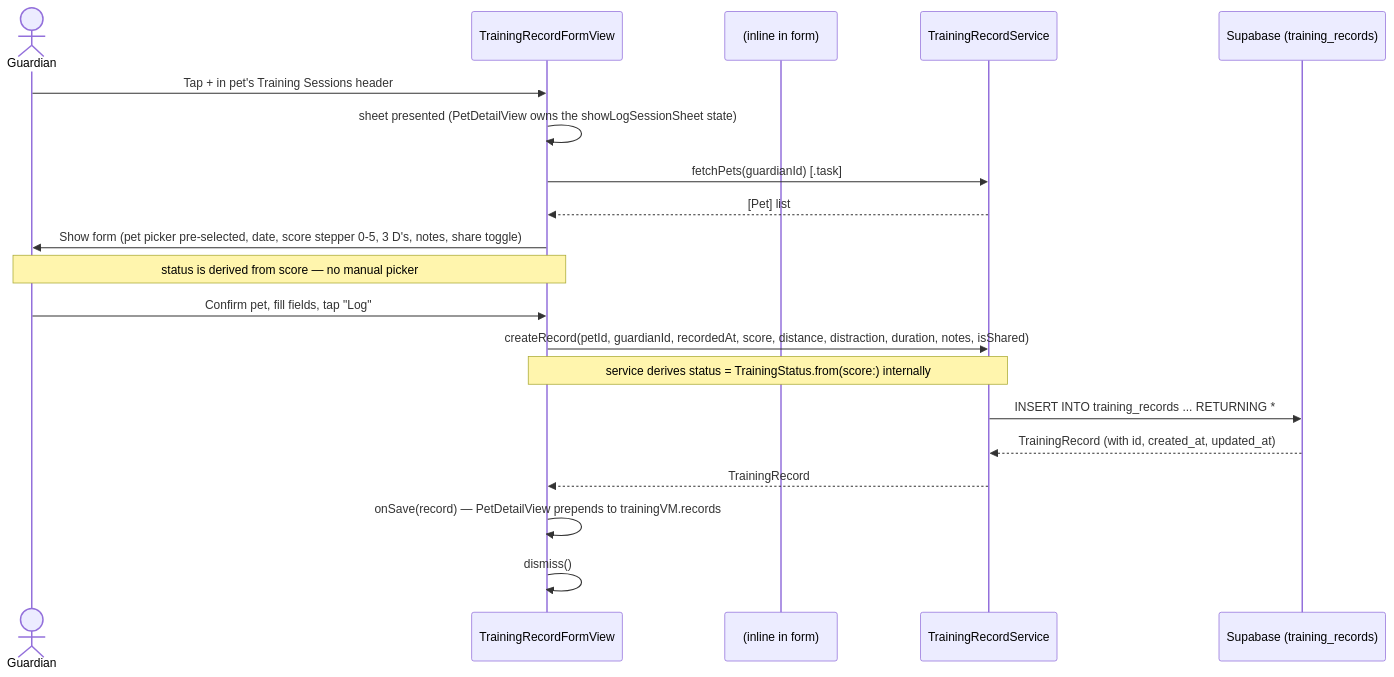
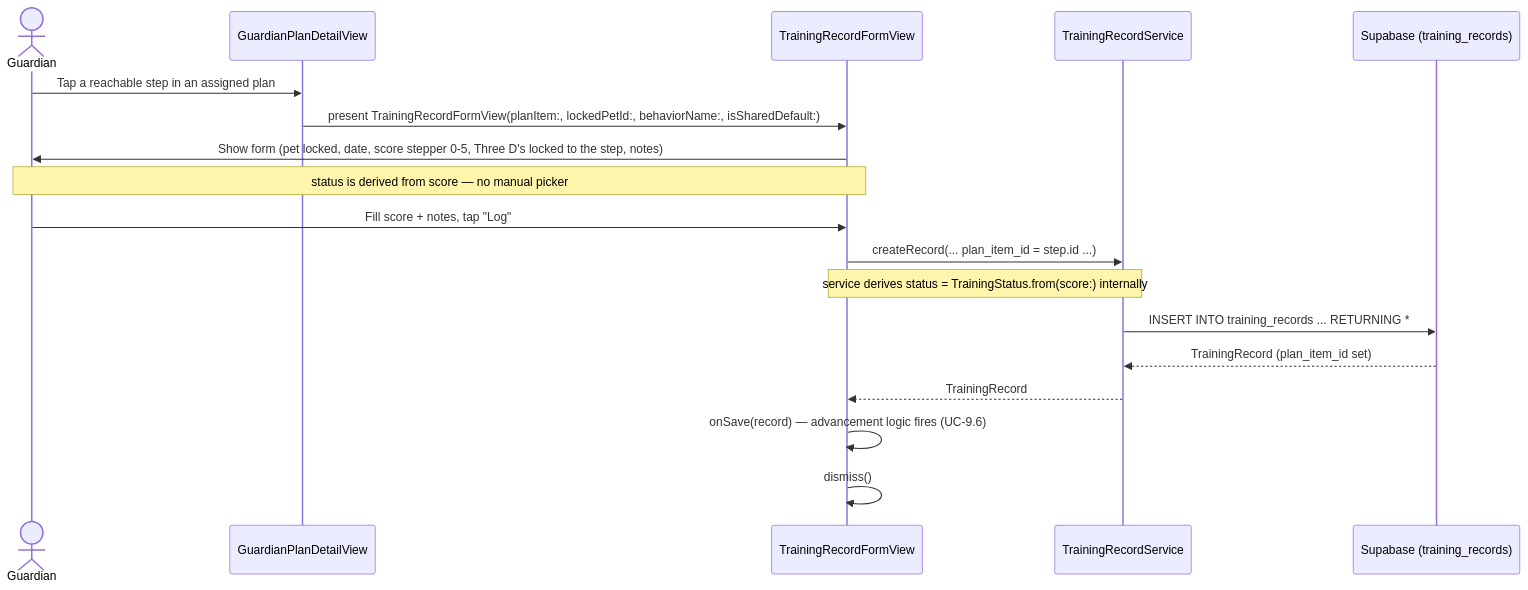
The first of 5 diagrams in docs/use_cases/log_training.md (markculley/HoundHabit), drawn with Mermaid before and after one commit. The commit also changed other lines of this file and 3 other files, not shown here.

````diff
--- a/docs/use_cases/log_training.md
+++ b/docs/use_cases/log_training.md
@@ -9,24 +7,22 @@
 ```mermaid
 sequenceDiagram
     actor G as Guardian
+    participant PD as GuardianPlanDetailView
     participant UI as TrainingRecordFormView
-    participant VM as (inline in form)
     participant SVC as TrainingRecordService
     participant DB as Supabase (training_records)
 
-    G->>UI: Tap + in pet's Training Sessions header
-    UI->>UI: sheet presented (PetDetailView owns the showLogSessionSheet state)
-    UI->>SVC: fetchPets(guardianId) [.task]
-    SVC-->>UI: [Pet] list
-    UI->>G: Show form (pet picker pre-selected, date, score stepper 0-5, 3 D's, notes, share toggle)
+    G->>PD: Tap a reachable step in an assigned plan
+    PD->>UI: present TrainingRecordFormView(planItem:, lockedPetId:, behaviorName:, isSharedDefault:)
+    UI->>G: Show form (pet locked, date, score stepper 0-5, Three D's locked to the step, notes)
     note over UI,G: status is derived from score — no manual picker
 
-    G->>UI: Confirm pet, fill fields, tap "Log"
-    UI->>SVC: createRecord(petId, guardianId, recordedAt, score, distance, distraction, duration, notes, isShared)
+    G->>UI: Fill score + notes, tap "Log"
+    UI->>SVC: createRecord(... plan_item_id = step.id ...)
     note over UI,SVC: service derives status = TrainingStatus.from(score:) internally
     SVC->>DB: INSERT INTO training_records ... RETURNING *
-    DB-->>SVC: TrainingRecord (with id, created_at, updated_at)
+    DB-->>SVC: TrainingRecord (plan_item_id set)
     SVC-->>UI: TrainingRecord
-    UI->>UI: onSave(record) — PetDetailView prepends to trainingVM.records
+    UI->>UI: onSave(record) — advancement logic fires (UC-9.6)
     UI->>UI: dismiss()
 ```
````
